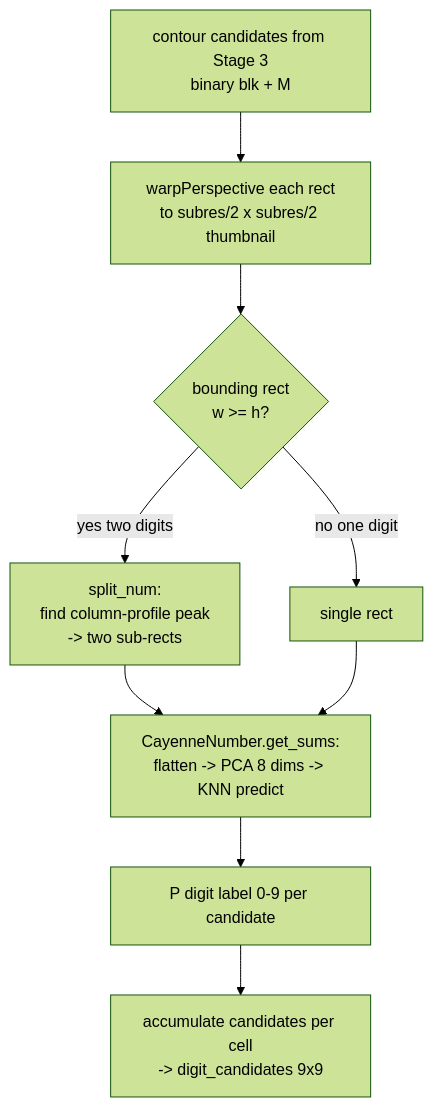
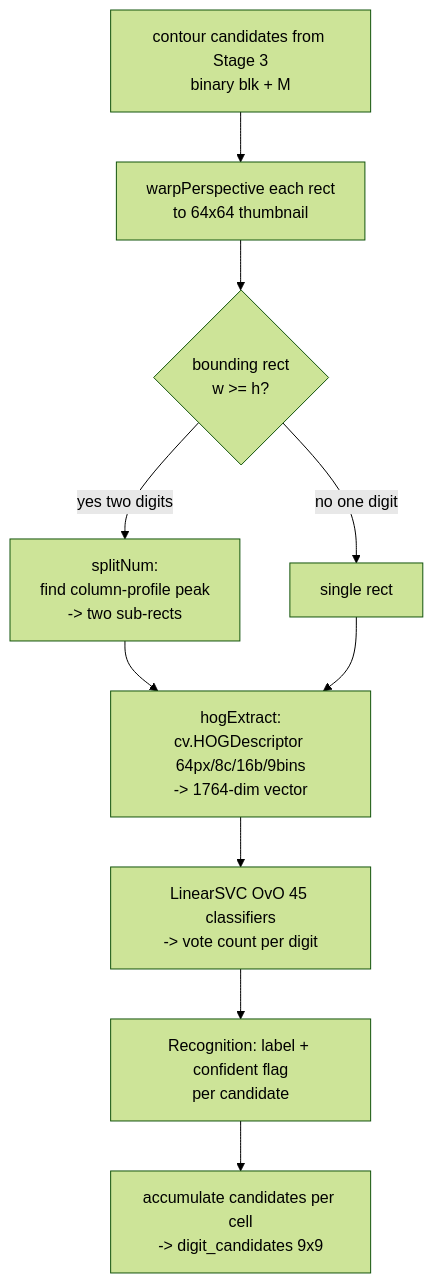
The seventh of 10 diagrams in docs/image-pipeline.md (gbarrett28/cagedoku), drawn with Mermaid (forest theme) before and after one commit. The commit also changed other lines of this file and 4 other files, not shown here.

````diff
--- a/docs/image-pipeline.md
+++ b/docs/image-pipeline.md
@@ -282,11 +285,12 @@
 ```mermaid
 flowchart TD
-    A[contour candidates from Stage 3\nbinary blk + M] --> B[warpPerspective each rect\nto subres/2 x subres/2 thumbnail]
+    A[contour candidates from Stage 3\nbinary blk + M] --> B[warpPerspective each rect\nto 64x64 thumbnail]
     B --> C{bounding rect\nw >= h?}
-    C -- yes two digits --> D[split_num:\nfind column-profile peak\n-> two sub-rects]
+    C -- yes two digits --> D[splitNum:\nfind column-profile peak\n-> two sub-rects]
     C -- no one digit --> E[single rect]
-    D --> F[CayenneNumber.get_sums:\nflatten -> PCA 8 dims -> KNN predict]
+    D --> F[hogExtract:\ncv.HOGDescriptor 64px/8c/16b/9bins\n-> 1764-dim vector]
     E --> F
-    F --> G[P digit label 0-9 per candidate]
-    G --> H[accumulate candidates per cell\n-> digit_candidates 9x9]
+    F --> G[LinearSVC OvO 45 classifiers\n-> vote count per digit]
+    G --> H[Recognition: label + confident flag\nper candidate]
+    H --> I[accumulate candidates per cell\n-> digit_candidates 9x9]
 ```
````
